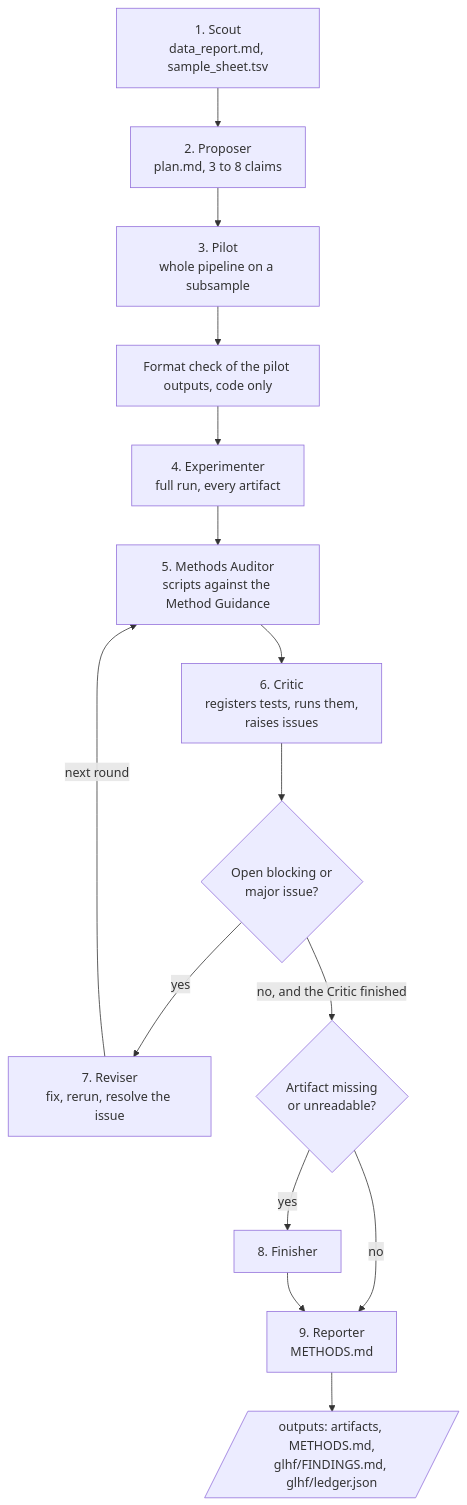
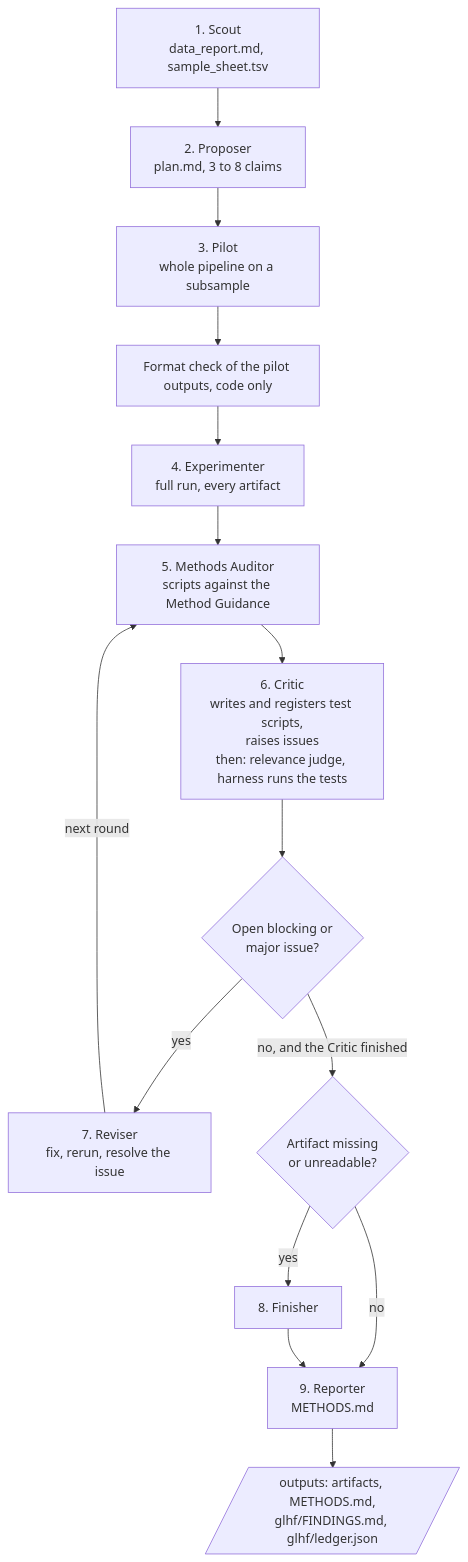
Before and after one commit to itsbrendandang/agent-test: the second of 3 diagrams in glhf/docs/DESIGN.md, drawn with Mermaid. The commit also changed other lines of this file and 34 other files, not shown here.

````diff
--- a/glhf/docs/DESIGN.md
+++ b/glhf/docs/DESIGN.md
@@ -38,17 +38,17 @@
 ```mermaid
 flowchart TD
     A[1. Scout<br/>data_report.md, sample_sheet.tsv] --> P[2. Proposer<br/>plan.md, 3 to 8 claims]
     P --> PI[3. Pilot<br/>whole pipeline on a subsample]
     PI --> K0[Format check of the pilot outputs, code only]
     K0 --> E[4. Experimenter<br/>full run, every artifact]
     E --> AU[5. Methods Auditor<br/>scripts against the Method Guidance]
-    AU --> C[6. Critic<br/>registers tests, runs them,<br/>raises issues]
+    AU --> C[6. Critic<br/>writes and registers test scripts,<br/>raises issues<br/>then: relevance judge, harness runs the tests]
     C --> Q{Open blocking or<br/>major issue?}
     Q -->|yes| V[7. Reviser<br/>fix, rerun, resolve the issue]
     V -->|next round| AU
     Q -->|no, and the Critic finished| F{Artifact missing<br/>or unreadable?}
     F -->|yes| FI[8. Finisher]
     F -->|no| W[9. Reporter<br/>METHODS.md]
     FI --> W
     W --> OUT[/outputs: artifacts, METHODS.md,<br/>glhf/FINDINGS.md, glhf/ledger.json/]
 ```
````
